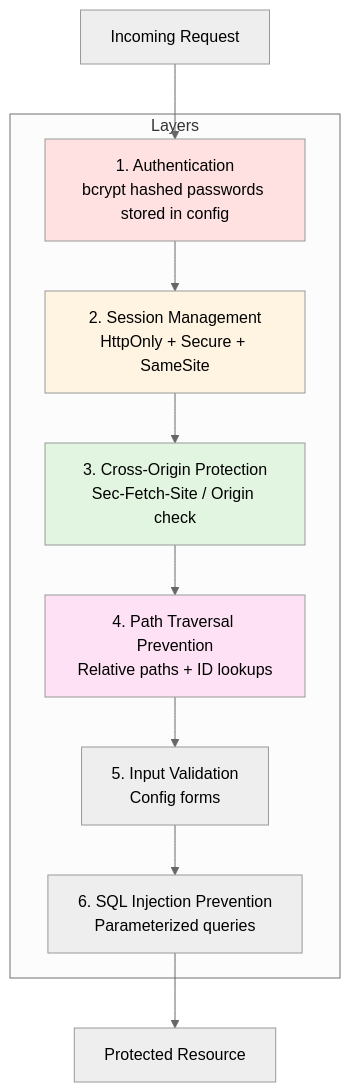
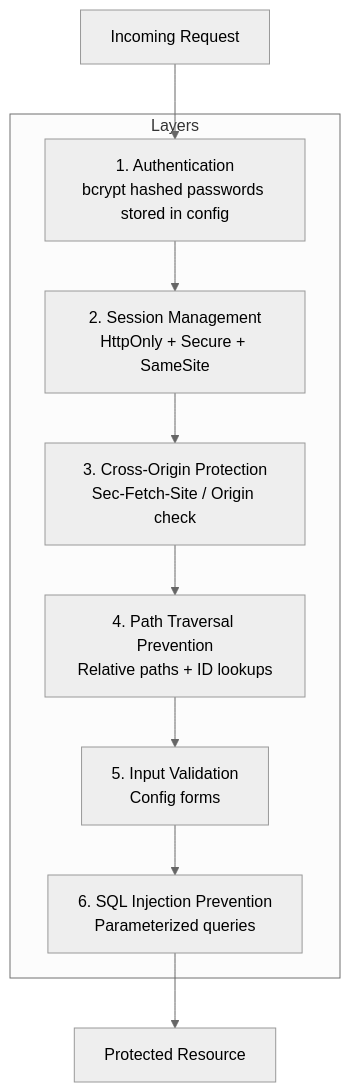
Before and after one commit to lbe/sfpg-go: diagram 15 of 20 in docs/ARCHITECTURE.md, drawn with Mermaid (neutral theme). The commit also changed other lines of this file and 275 other files, not shown here.

````diff
--- a/docs/ARCHITECTURE.md
+++ b/docs/ARCHITECTURE.md
@@ -984,24 +1247,19 @@
 ```mermaid
 graph TB
     subgraph "Layers"
         L1[1. Authentication<br/>bcrypt hashed passwords stored in config]
         L2[2. Session Management<br/>HttpOnly + Secure + SameSite]
         L3[3. Cross-Origin Protection<br/>Sec-Fetch-Site / Origin check]
         L4[4. Path Traversal Prevention<br/>Relative paths + ID lookups]
         L5[5. Input Validation<br/>Config forms]
         L6[6. SQL Injection Prevention<br/>Parameterized queries]
     end
 
     Request[Incoming Request] --> L1
     L1 --> L2
     L2 --> L3
     L3 --> L4
     L4 --> L5
     L5 --> L6
     L6 --> Protected[Protected Resource]
-
-    style L1 fill:#ffe1e1
-    style L2 fill:#fff4e1
-    style L3 fill:#e1f5e1
-    style L4 fill:#ffe1f5
 ```
````
